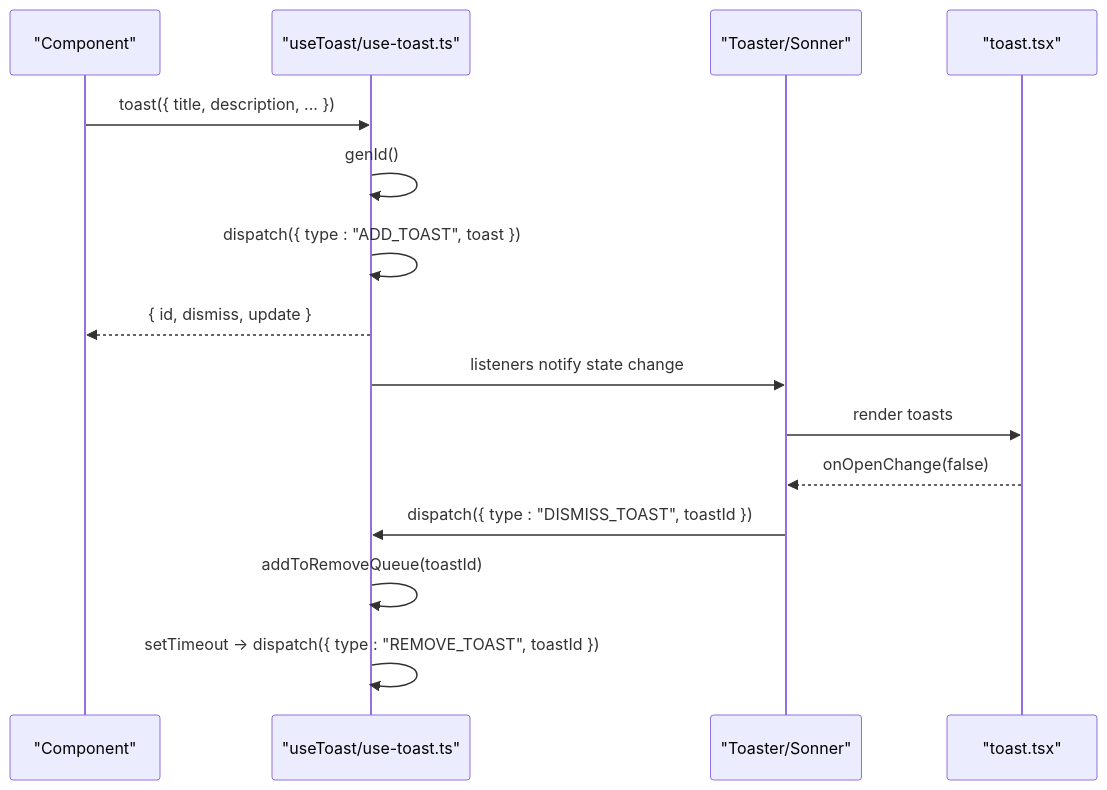
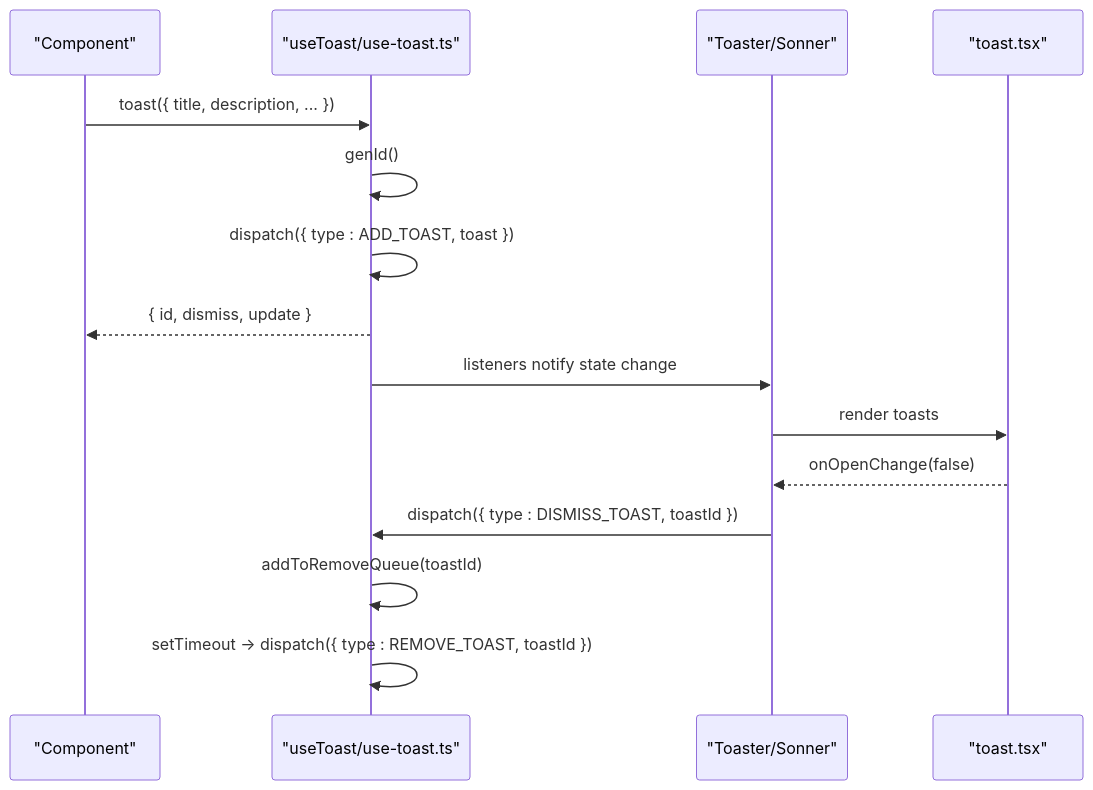
Before and after one commit to mohjak/sc-dof: the second of 8 diagrams in .qoder/repowiki/en/content/State Management/Custom Hooks for State Management/useToast Hook.md, drawn with Mermaid. The commit also changed other lines of this file and 68 other files, not shown here.

First line of the commit message:
docs(docs): update component architecture docs with markdown formatting fixes

````diff
--- a/.qoder/repowiki/en/content/State Management/Custom Hooks for State Management/useToast Hook.md
+++ b/.qoder/repowiki/en/content/State Management/Custom Hooks for State Management/useToast Hook.md
@@ -87,17 +85,17 @@
 ```mermaid
 sequenceDiagram
 participant Caller as "Component"
 participant Hook as "useToast/use-toast.ts"
 participant Provider as "Toaster/Sonner"
 participant UI as "toast.tsx"
 Caller->>Hook : toast({ title, description, ... })
 Hook->>Hook : genId()
-Hook->>Hook : dispatch({ type : "ADD_TOAST", toast })
+Hook->>Hook : dispatch({ type : ADD_TOAST, toast })
 Hook-->>Caller : { id, dismiss, update }
 Hook->>Provider : listeners notify state change
 Provider->>UI : render toasts
 UI-->>Provider : onOpenChange(false)
-Provider->>Hook : dispatch({ type : "DISMISS_TOAST", toastId })
+Provider->>Hook : dispatch({ type : DISMISS_TOAST, toastId })
 Hook->>Hook : addToRemoveQueue(toastId)
-Hook->>Hook : setTimeout -> dispatch({ type : "REMOVE_TOAST", toastId })
+Hook->>Hook : setTimeout -> dispatch({ type : REMOVE_TOAST, toastId })
 ```
````
